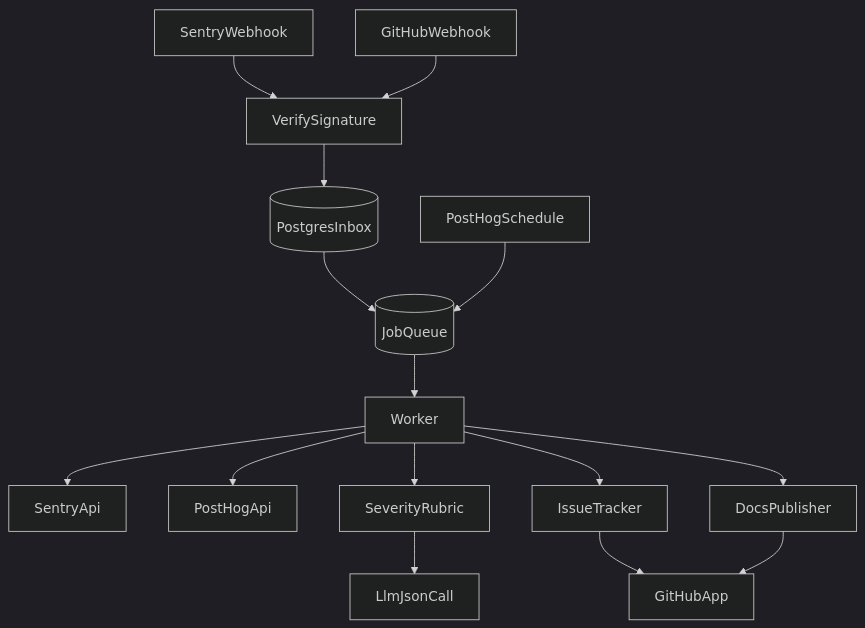
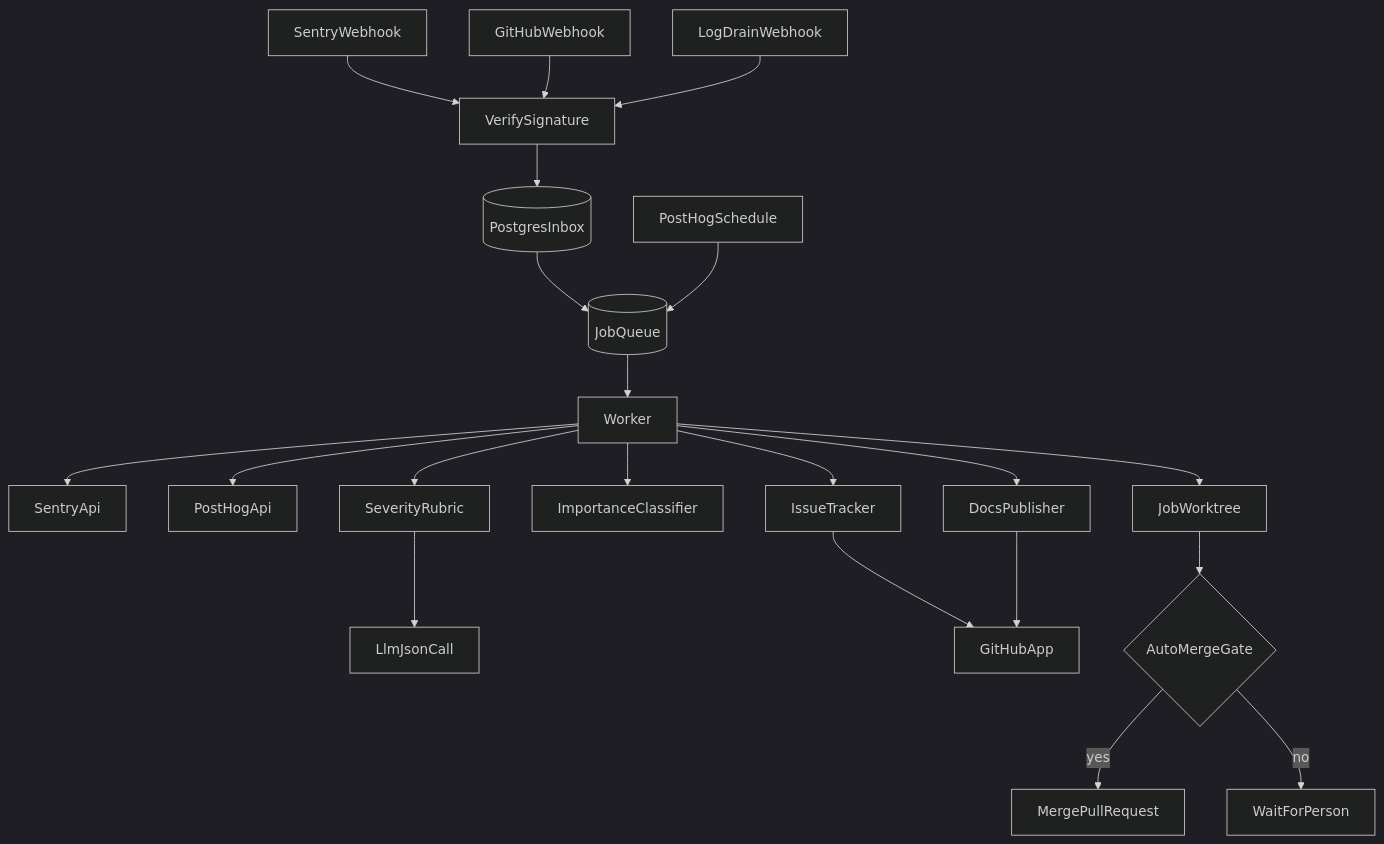
Before and after one commit to ArturVargas/logs_watcher: the first of 4 diagrams in .ai/runs/2026-10-19-logs-watcher/04-architecture.md, drawn with Mermaid (dark theme). The commit also changed other lines of this file and 14 other files, not shown here.

First line of the commit message:
Record platform logs, JEv, and conditional auto-merge

````diff
--- a/.ai/runs/2026-10-19-logs-watcher/04-architecture.md
+++ b/.ai/runs/2026-10-19-logs-watcher/04-architecture.md
@@ -9,17 +9,23 @@
 ```mermaid
 flowchart TD
   sentryHook[SentryWebhook] --> verifySig[VerifySignature]
   githubHook[GitHubWebhook] --> verifySig
+  logHook[LogDrainWebhook] --> verifySig
   verifySig --> inbox[(PostgresInbox)]
   inbox --> jobQueue[(JobQueue)]
   posthogClock[PostHogSchedule] --> jobQueue
   jobQueue --> worker[Worker]
   worker --> sentryApi[SentryApi]
   worker --> posthogApi[PostHogApi]
   worker --> rubric[SeverityRubric]
   rubric --> llm[LlmJsonCall]
+  worker --> importance[ImportanceClassifier]
+  worker --> worktree[JobWorktree]
   worker --> issuePort[IssueTracker]
   worker --> docsPort[DocsPublisher]
   issuePort --> githubApi[GitHubApp]
   docsPort --> githubApi
+  worktree --> mergeGate{AutoMergeGate}
+  mergeGate -->|yes| mergeApi[MergePullRequest]
+  mergeGate -->|no| waitHuman[WaitForPerson]
 ```
````
